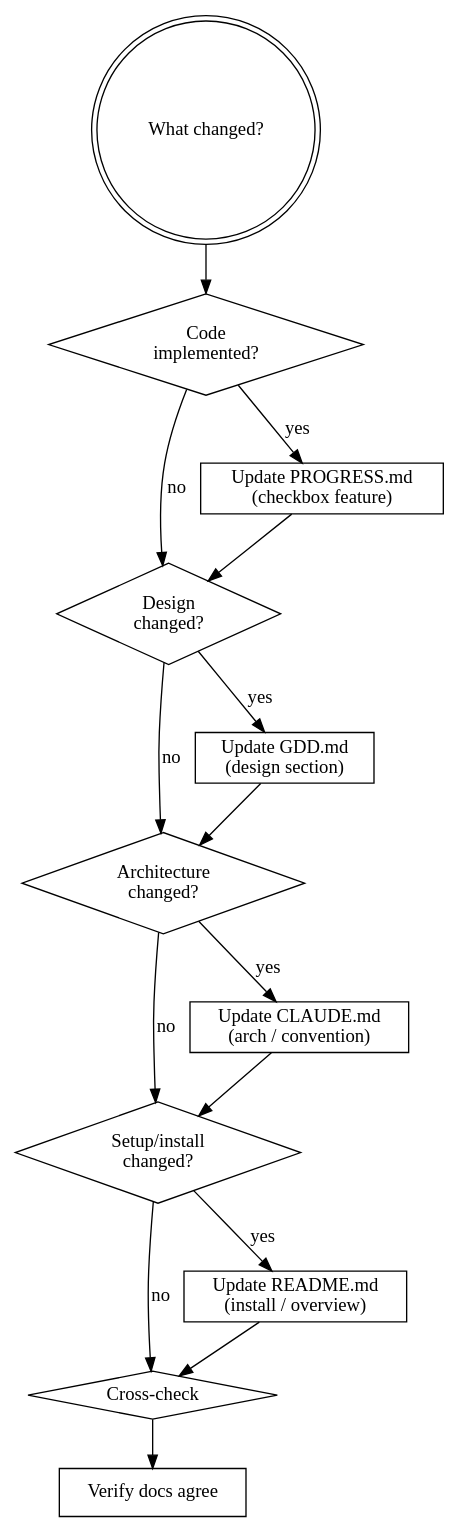
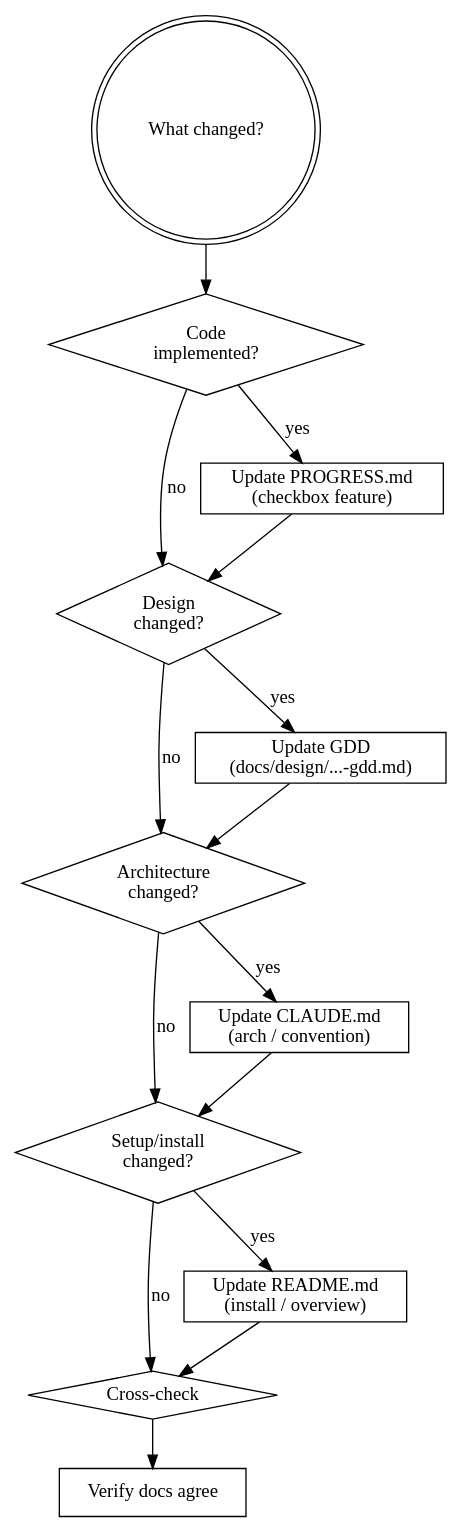
The diagram in skills/update-docs/SKILL.md (Simone-Tarantino/godot-superpowers), drawn with Graphviz before and after one commit. The commit also changed other lines of this file and 24 other files, not shown here.

````diff
--- a/skills/update-docs/SKILL.md
+++ b/skills/update-docs/SKILL.md
@@ -27,33 +28,33 @@
 ```dot
 digraph update_flow {
     rankdir=TB;
     node [shape=diamond];
     start [label="What changed?" shape=doublecircle];
     impl [label="Code\nimplemented?"];
     design [label="Design\nchanged?"];
     arch [label="Architecture\nchanged?"];
     setup [label="Setup/install\nchanged?"];
     check [label="Cross-check"];
     node [shape=box];
     progress [label="Update PROGRESS.md\n(checkbox feature)"];
-    gdd [label="Update GDD.md\n(design section)"];
+    gdd [label="Update GDD\n(docs/design/...-gdd.md)"];
     claudemd [label="Update CLAUDE.md\n(arch / convention)"];
     readme [label="Update README.md\n(install / overview)"];
     cross [label="Verify docs agree"];
 
     start -> impl;
     impl -> progress [label="yes"];
     impl -> design [label="no"];
     design -> gdd [label="yes"];
     progress -> design;
     gdd -> arch;
     design -> arch [label="no"];
     arch -> claudemd [label="yes"];
     arch -> setup [label="no"];
     claudemd -> setup;
     setup -> readme [label="yes"];
     setup -> check [label="no"];
     readme -> check;
     check -> cross;
 }
 ```
````
